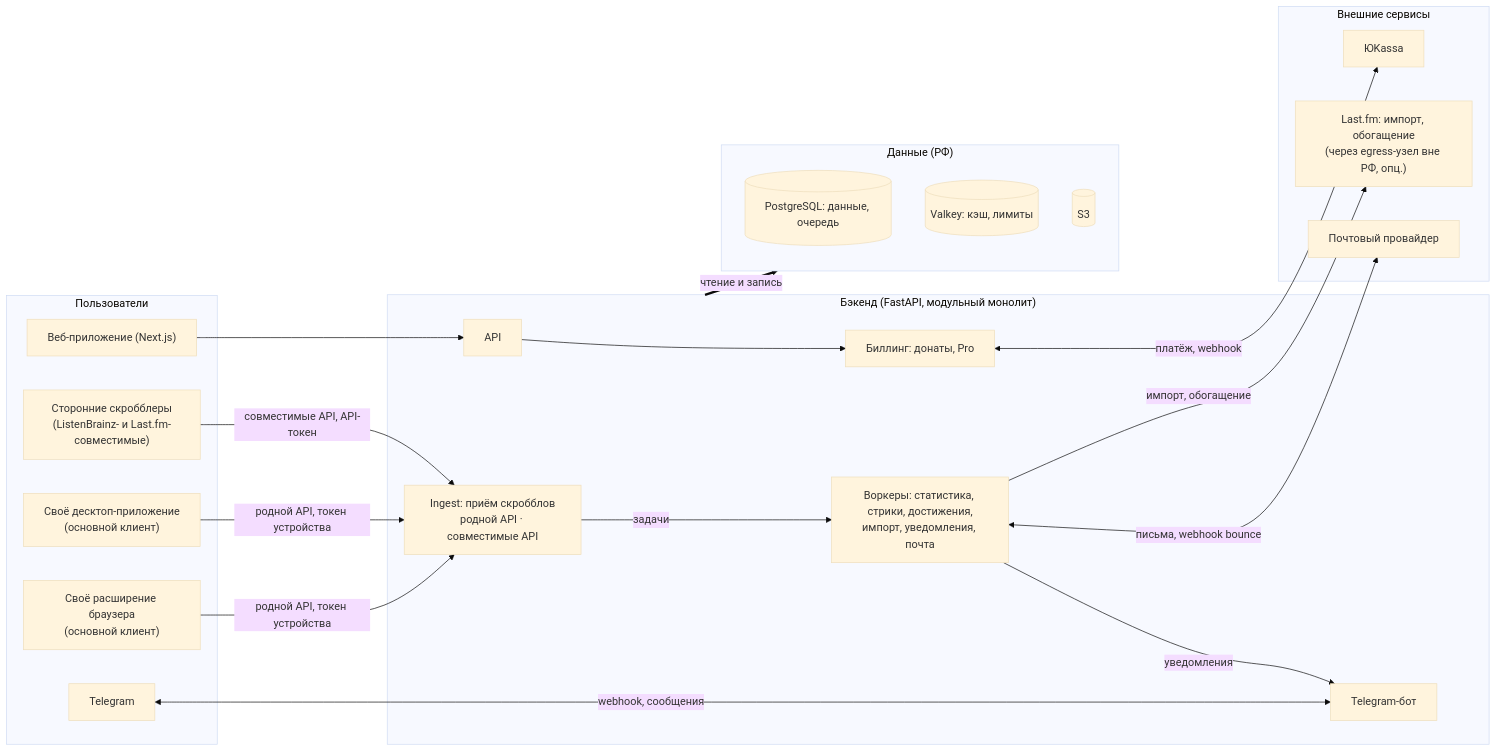
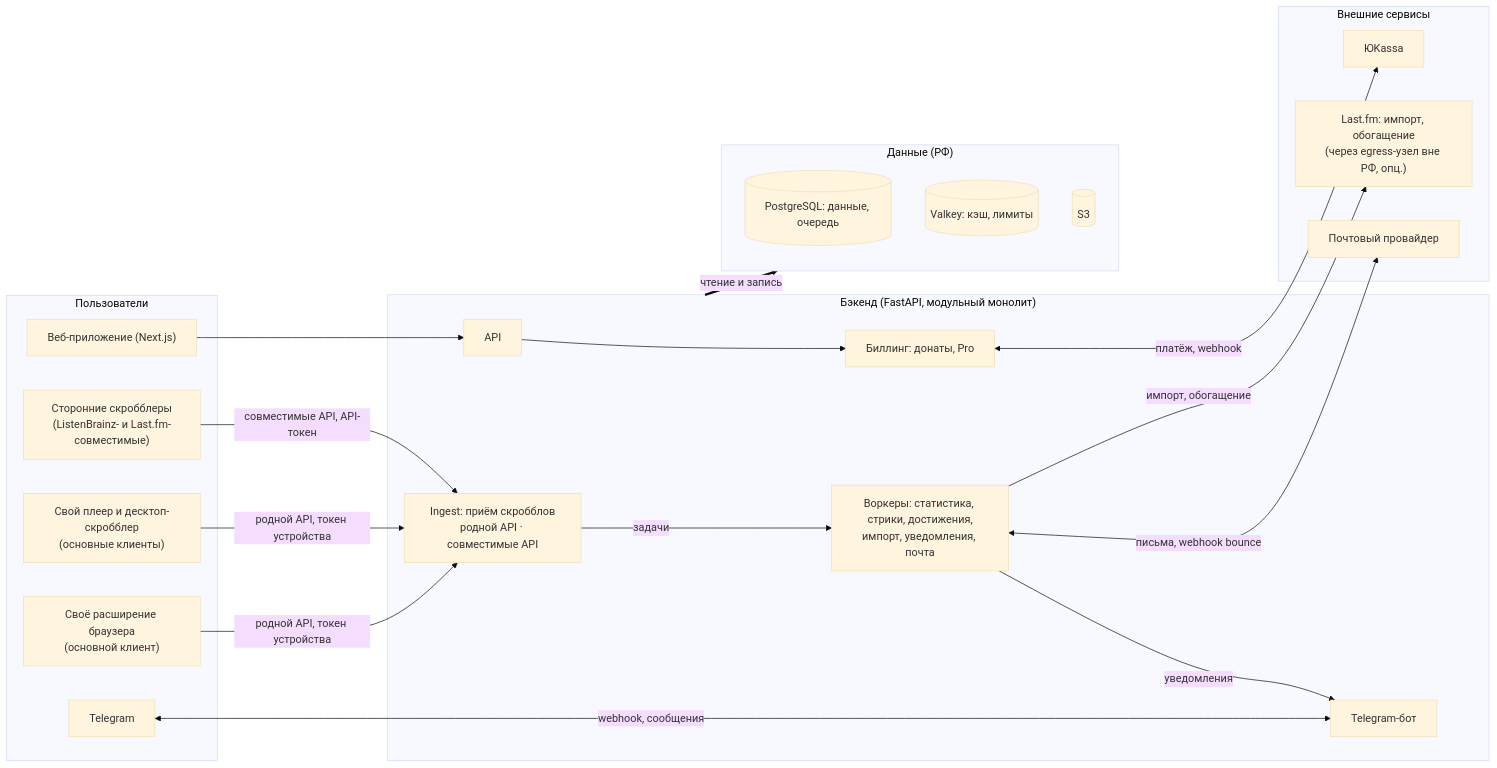
Before and after one commit to fighxy/scrobb: the second of 2 diagrams in README.md, drawn with Mermaid (base theme). The commit also changed other lines of this file, not shown here.

First line of the commit message:
README: акцент на плеер, бейджи стека

````diff
--- a/README.md
+++ b/README.md
@@ -55,44 +195,44 @@
 ```mermaid
 ---
 config:
   layout: dagre
 ---
 flowchart LR
   subgraph U["Пользователи"]
     WEB["Веб-приложение (Next.js)"]
     EXT["Своё расширение браузера<br/>(основной клиент)"]
-    DESK["Своё десктоп-приложение<br/>(основной клиент)"]
+    DESK["Свой плеер и десктоп-скробблер<br/>(основные клиенты)"]
     THIRD["Сторонние скробблеры<br/>(ListenBrainz- и Last.fm-совместимые)"]
     TGU["Telegram"]
   end
   subgraph B["Бэкенд (FastAPI, модульный монолит)"]
     API["API"]
     ING["Ingest: приём скробблов<br/>родной API · совместимые API"]
     BILL["Биллинг: донаты, Pro"]
     WRK["Воркеры: статистика, стрики, достижения,<br/>импорт, уведомления, почта"]
     BOT["Telegram-бот"]
   end
   subgraph D["Данные (РФ)"]
     PG[("PostgreSQL: данные, очередь")]
     VK[("Valkey: кэш, лимиты")]
     S3[("S3")]
   end
   subgraph X["Внешние сервисы"]
     YK["ЮKassa"]
     LFM["Last.fm: импорт, обогащение<br/>(через egress-узел вне РФ, опц.)"]
     MAIL["Почтовый провайдер"]
   end
 
   WEB --> API
   EXT -- "родной API, токен устройства" --> ING
   DESK -- "родной API, токен устройства" --> ING
   THIRD -- "совместимые API, API-токен" --> ING
   TGU <-- "webhook, сообщения" --> BOT
   API --> BILL
   ING -- "задачи" --> WRK
   WRK -- "уведомления" --> BOT
   BILL <-- "платёж, webhook" --> YK
   WRK -- "импорт, обогащение" --> LFM
   WRK <-- "письма, webhook bounce" --> MAIL
   B == "чтение и запись" ==> D
 ```
````
